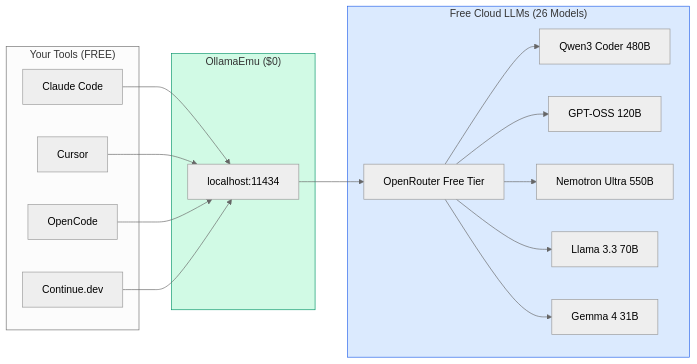
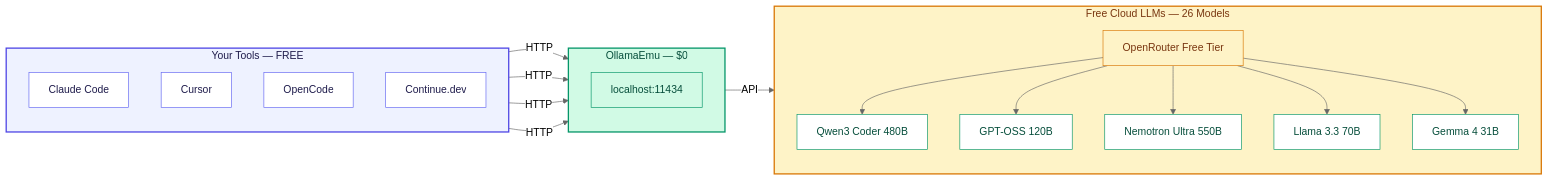
One commit to rbkhan007/Ollama-Emulator-Desktop-Ultimate changed the fourth of 8 diagrams in README.md. Above: the diagram before and after it, drawn with Mermaid (neutral theme). The commit also changed other lines of this file and 2 other files, not shown here.

Commit message:
docs: professional Mermaid diagrams with consistent styling

````diff
--- a/README.md
+++ b/README.md
@@ -223,36 +253,51 @@
 ```mermaid
 flowchart LR
-    subgraph Tools["Your Tools (FREE)"]
+    subgraph Tools["Your Tools — FREE"]
+        direction TB
         CC["Claude Code"]
         CU["Cursor"]
         OC["OpenCode"]
         CD["Continue.dev"]
     end
 
-    subgraph Emu["OllamaEmu ($0)"]
+    subgraph Emu["OllamaEmu — $0"]
+        direction TB
         OE["localhost:11434"]
     end
 
-    subgraph Providers["Free Cloud LLMs (26 Models)"]
+    subgraph Providers["Free Cloud LLMs — 26 Models"]
+        direction TB
         OR["OpenRouter Free Tier"]
         QW["Qwen3 Coder 480B"]
         OA["GPT-OSS 120B"]
         NN["Nemotron Ultra 550B"]
         LL["Llama 3.3 70B"]
         GM["Gemma 4 31B"]
     end
 
-    CC --> OE
-    CU --> OE
-    OC --> OE
-    CD --> OE
-    OE --> OR
+    CC -->|HTTP| OE
+    CU -->|HTTP| OE
+    OC -->|HTTP| OE
+    CD -->|HTTP| OE
+    OE -->|API| OR
     OR --> QW
     OR --> OA
     OR --> NN
     OR --> LL
     OR --> GM
 
-    style Emu fill:#d1fae5,stroke:#059669
-    style Providers fill:#dbeafe,stroke:#2563eb
+    style Tools fill:#eef2ff,stroke:#4f46e5,stroke-width:2px,color:#1e1b4b
+    style Emu fill:#d1fae5,stroke:#059669,stroke-width:2px,color:#064e3b
+    style Providers fill:#fef3c7,stroke:#d97706,stroke-width:2px,color:#78350f
+    style CC fill:#fff,stroke:#6366f1,color:#1e1b4b
+    style CU fill:#fff,stroke:#6366f1,color:#1e1b4b
+    style OC fill:#fff,stroke:#6366f1,color:#1e1b4b
+    style CD fill:#fff,stroke:#6366f1,color:#1e1b4b
+    style OE fill:#d1fae5,stroke:#059669,color:#064e3b
+    style OR fill:#fef3c7,stroke:#d97706,color:#78350f
+    style QW fill:#fff,stroke:#059669,color:#064e3b
+    style OA fill:#fff,stroke:#059669,color:#064e3b
+    style NN fill:#fff,stroke:#059669,color:#064e3b
+    style LL fill:#fff,stroke:#059669,color:#064e3b
+    style GM fill:#fff,stroke:#059669,color:#064e3b
 ```
````
